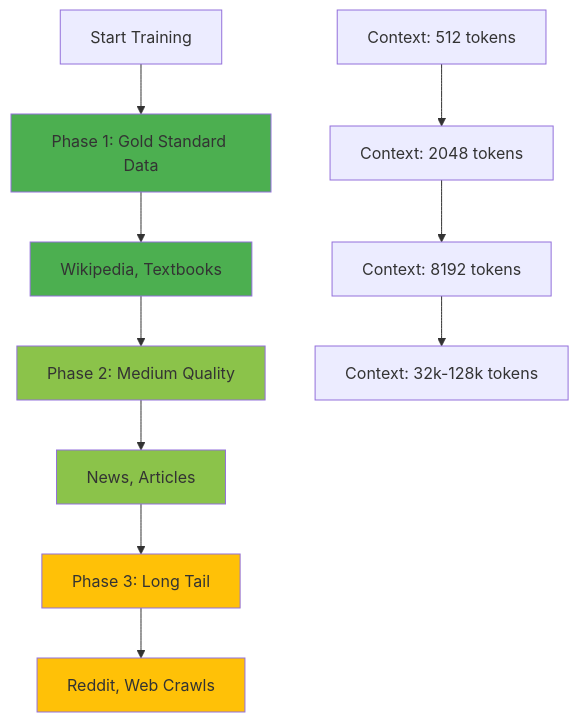
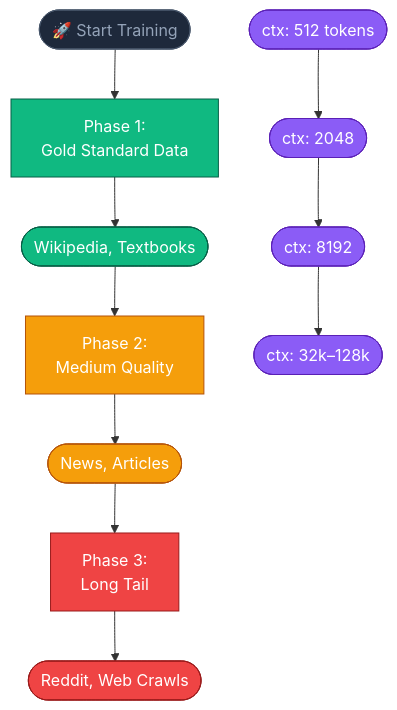
The fifth of 7 diagrams in week1/CONTEXT.md (tripplen23/finetuning-sessions), drawn with Mermaid before and after one commit. The commit also changed other lines of this file and 1 other file, not shown here.

Commit message:
update mermaid

````diff
--- a/week1/CONTEXT.md
+++ b/week1/CONTEXT.md
@@ -263,20 +260,20 @@
 ```mermaid
 graph TD
-    A[Start Training] --> B[Phase 1: Gold Standard Data]
-    B --> C[Wikipedia, Textbooks]
-    C --> D[Phase 2: Medium Quality]
-    D --> E[News, Articles]
-    E --> F[Phase 3: Long Tail]
-    F --> G[Reddit, Web Crawls]
-    
-    A2[Context: 512 tokens] --> B2[Context: 2048 tokens]
-    B2 --> C2[Context: 8192 tokens]
-    C2 --> D2[Context: 32k-128k tokens]
-    
-    style B fill:#4caf50
-    style C fill:#4caf50
-    style D fill:#8bc34a
-    style E fill:#8bc34a
-    style F fill:#ffc107
-    style G fill:#ffc107
+    A(["🚀 Start Training"]):::node
+    B["Phase 1:<br/>Gold Standard Data"]:::gold
+    C(["Wikipedia, Textbooks"]):::gold
+    D["Phase 2:<br/>Medium Quality"]:::med
+    E(["News, Articles"]):::med
+    F["Phase 3:<br/>Long Tail"]:::tail
+    G(["Reddit, Web Crawls"]):::tail
+
+    A --> B --> C --> D --> E --> F --> G
+
+    A2(["ctx: 512 tokens"]):::ctx --> B2(["ctx: 2048"]):::ctx --> C2(["ctx: 8192"]):::ctx --> D2(["ctx: 32k–128k"]):::ctx
+
+    classDef node fill:#1E293B,stroke:#475569,color:#94A3B8
+    classDef gold fill:#10B981,stroke:#065F46,color:#fff
+    classDef med  fill:#F59E0B,stroke:#B45309,color:#fff
+    classDef tail fill:#EF4444,stroke:#991B1B,color:#fff
+    classDef ctx  fill:#8B5CF6,stroke:#5B21B6,color:#fff
 ```
````
